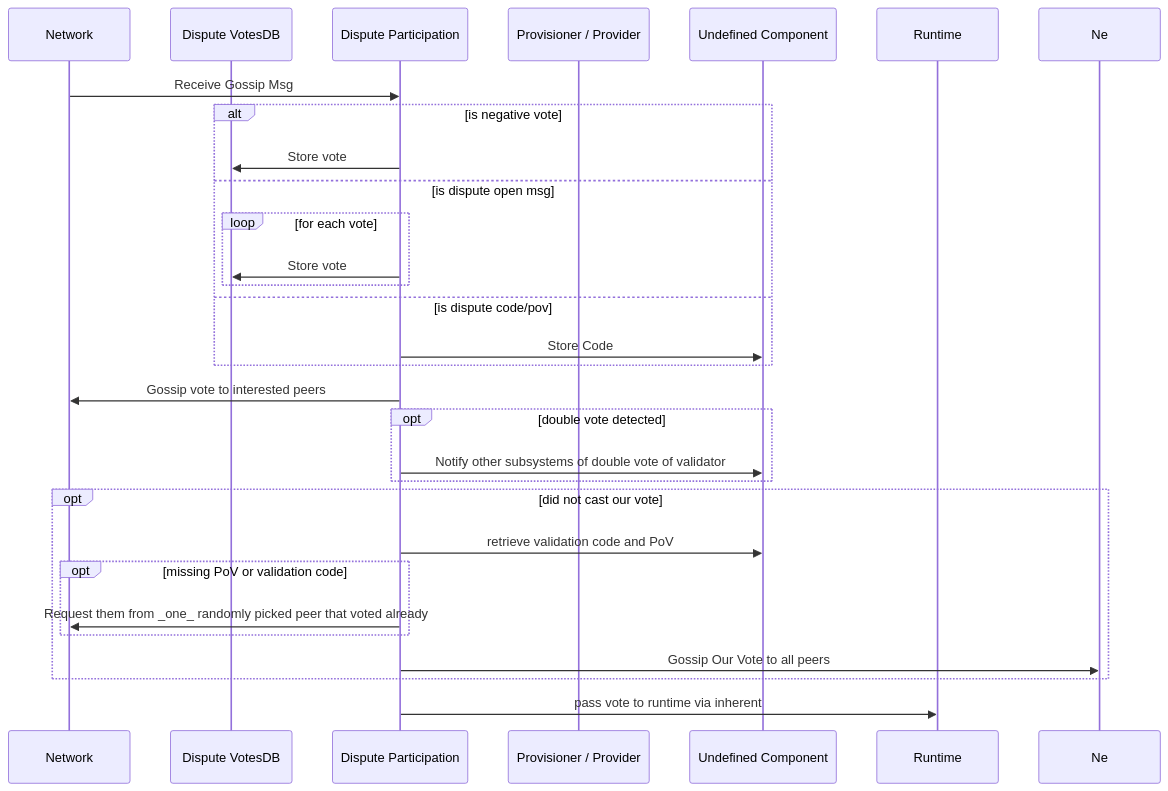
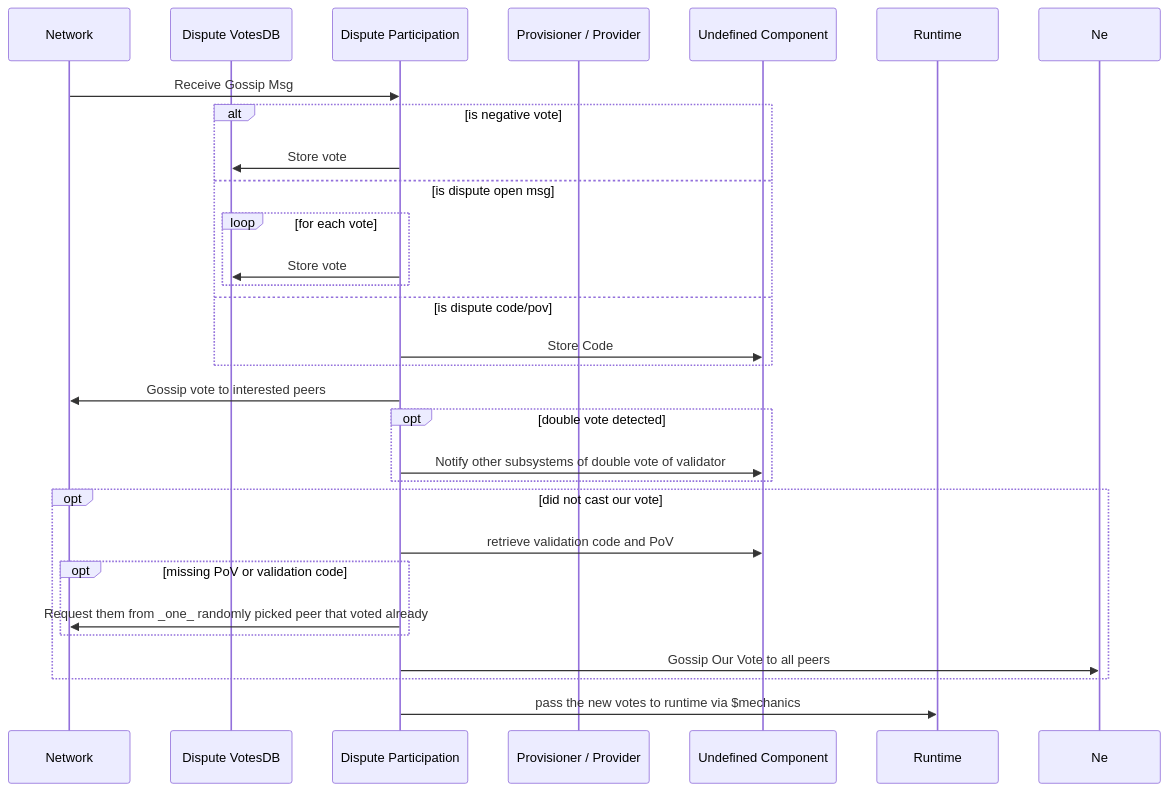
One commit to paritytech/polkadot changed the first of 6 diagrams in roadmap/implementers-guide/src/disputes-component-partitions.md. Above: the diagram before and after it, drawn with Mermaid. The commit also changed other lines of this file, not shown here.

Commit message:
replace duplicate with actual graph

````diff
--- a/roadmap/implementers-guide/src/disputes-component-partitions.md
+++ b/roadmap/implementers-guide/src/disputes-component-partitions.md
@@ -77,36 +77,36 @@
 ```mermaid
 sequenceDiagram
   participant Net as Network
   participant V as Dispute VotesDB
   participant P as Dispute Participation
   participant PP as Provisioner / Provider
   participant X as Undefined Component
   participant RT as Runtime
 
   Net ->> P: Receive Gossip Msg
   alt is negative vote
     P ->> V: Store vote
   else is dispute open msg
     loop for each vote
       P ->> V: Store vote
     end
   else is dispute code/pov
     P ->> X: Store Code
   end
 
   P ->> Net: Gossip vote to interested peers
 
   opt double vote detected
     P ->> X: Notify other subsystems of double vote of validator
   end
 
   opt did not cast our vote
     P ->> X: retrieve validation code and PoV
     opt missing PoV or validation code
       P ->> Net: Request them from _one_ randomly picked peer that voted already
     end
     P ->> Ne: Gossip Our Vote to all peers
   end
 
-  P ->> RT: pass vote to runtime via inherent
+  P ->> RT: pass the new votes to runtime via $mechanics
 ```
````
